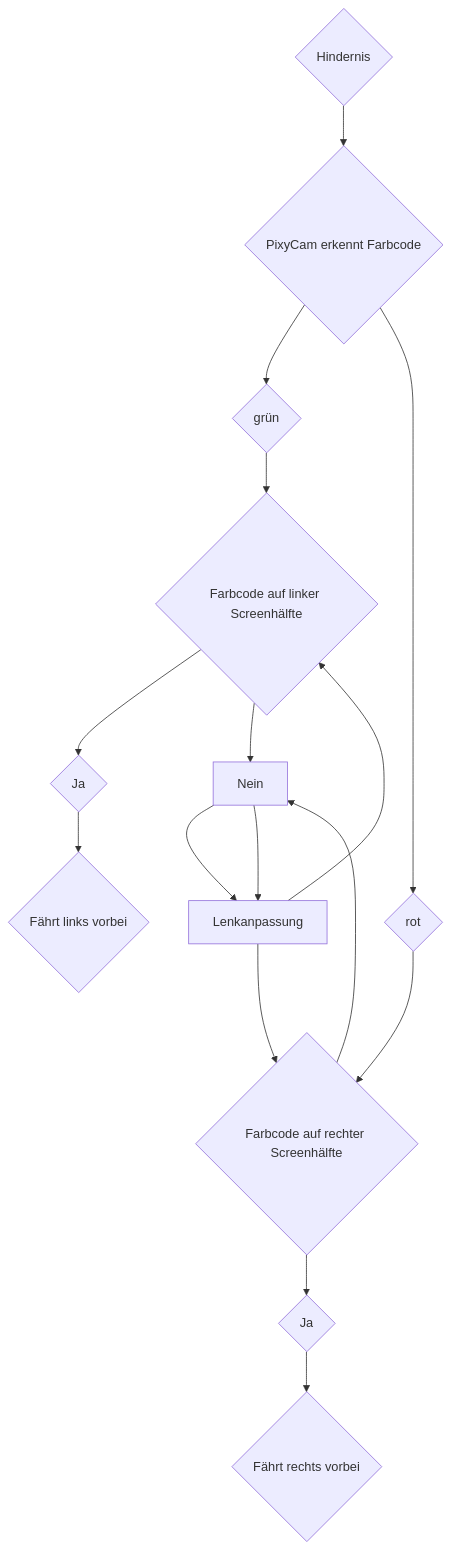
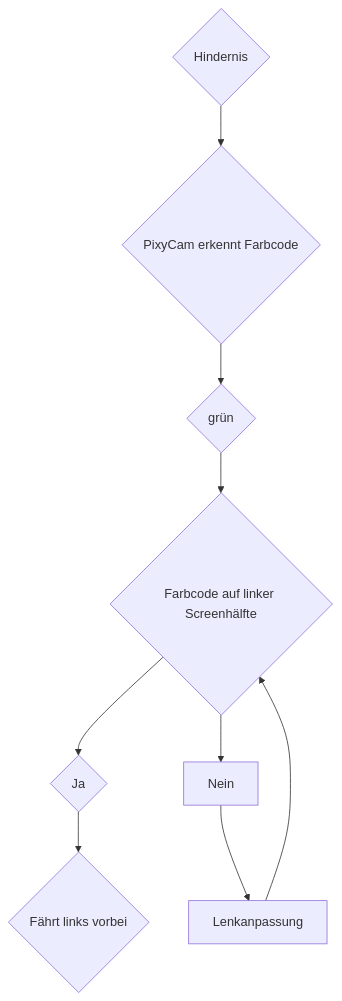
One commit to SchroedingersBit/PfortGTPanama changed the diagram in Programme/Hindernisrennen/README.md. Above: the diagram before and after it, drawn with Mermaid.

````diff
--- a/Programme/Hindernisrennen/README.md
+++ b/Programme/Hindernisrennen/README.md
@@ -4,19 +4,12 @@
 ```mermaid
 graph TB;
 A{Hindernis} -->B{PixyCam erkennt Farbcode};
 B-->E{grün}-->C1{Farbcode auf linker Screenhälfte};
 C1-->J1{Ja};
 C1 --> Nein;
 J1-->R{Fährt links vorbei};
 Nein --> Lenkanpassung;
 Lenkanpassung-->C1;
-B-->C{rot}-->C2{Farbcode auf rechter Screenhälfte};
-
-C2 --> Nein; 
-C2-->J2{Ja};
-Nein --> Lenkanpassung;
-Lenkanpassung -->C2;
 
 
-J2-->L{Fährt rechts vorbei};
 ```
````
